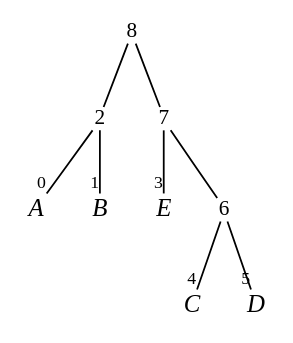
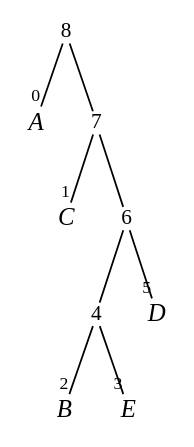
One commit to 09B21011/FTA-by-SDD changed the diagram in output/vtree.dot. Above: the diagram before and after it, drawn with Graphviz. The commit also changed 9 other files, not shown here.

```diff
--- a/output/vtree.dot
+++ b/output/vtree.dot
@@ -1,25 +1,25 @@
 
 digraph vtree {
 
 overlap=false
 
 n8 [label="8",fontname="Times",shape="plaintext",fontsize=12,fixedsize=true,width=.2,height=.18]; 
-n2 [label="2",fontname="Times",shape="plaintext",fontsize=12,fixedsize=true,width=.2,height=.18]; 
 n0 [label="A",fontname="Times-Italic",fontsize=14,shape="plaintext",fixedsize=true,width=.25,height=.25]; 
-n1 [label="B",fontname="Times-Italic",fontsize=14,shape="plaintext",fixedsize=true,width=.25,height=.25]; 
 n7 [label="7",fontname="Times",shape="plaintext",fontsize=12,fixedsize=true,width=.2,height=.18]; 
+n1 [label="C",fontname="Times-Italic",fontsize=14,shape="plaintext",fixedsize=true,width=.25,height=.25]; 
+n6 [label="6",fontname="Times",shape="plaintext",fontsize=12,fixedsize=true,width=.2,height=.18]; 
+n4 [label="4",fontname="Times",shape="plaintext",fontsize=12,fixedsize=true,width=.2,height=.18]; 
+n2 [label="B",fontname="Times-Italic",fontsize=14,shape="plaintext",fixedsize=true,width=.25,height=.25]; 
 n3 [label="E",fontname="Times-Italic",fontsize=14,shape="plaintext",fixedsize=true,width=.25,height=.25]; 
-n6 [label="6",fontname="Times",shape="plaintext",fontsize=12,fixedsize=true,width=.2,height=.18]; 
-n4 [label="C",fontname="Times-Italic",fontsize=14,shape="plaintext",fixedsize=true,width=.25,height=.25]; 
 n5 [label="D",fontname="Times-Italic",fontsize=14,shape="plaintext",fixedsize=true,width=.25,height=.25]; 
-n8->n2 [arrowhead=none];
-n2->n0 [headclip=true,arrowhead=none,headlabel="0",labelfontname="Times",labelfontsize=10];
-n2->n1 [headclip=true,arrowhead=none,headlabel="1",labelfontname="Times",labelfontsize=10];
+n8->n0 [headclip=true,arrowhead=none,headlabel="0",labelfontname="Times",labelfontsize=10];
 n8->n7 [arrowhead=none];
-n7->n3 [headclip=true,arrowhead=none,headlabel="3",labelfontname="Times",labelfontsize=10];
+n7->n1 [headclip=true,arrowhead=none,headlabel="1",labelfontname="Times",labelfontsize=10];
 n7->n6 [arrowhead=none];
-n6->n4 [headclip=true,arrowhead=none,headlabel="4",labelfontname="Times",labelfontsize=10];
+n6->n4 [arrowhead=none];
+n4->n2 [headclip=true,arrowhead=none,headlabel="2",labelfontname="Times",labelfontsize=10];
+n4->n3 [headclip=true,arrowhead=none,headlabel="3",labelfontname="Times",labelfontsize=10];
 n6->n5 [headclip=true,arrowhead=none,headlabel="5",labelfontname="Times",labelfontsize=10];
 
 
 }
```
